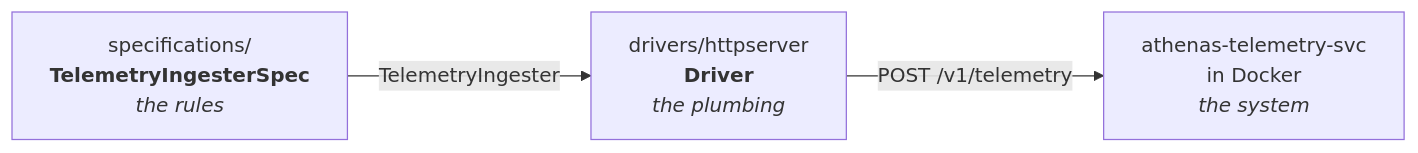
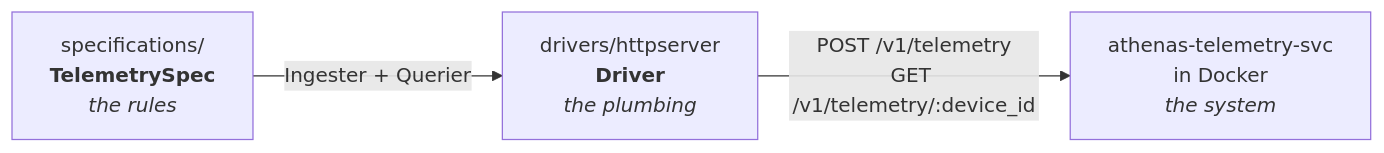
One commit to angiebrr/athenas-telemetry-svc changed the diagram in README.md. Above: the diagram before and after it, drawn with Mermaid. The commit also changed other lines of this file and 4 other files, not shown here.

````diff
--- a/README.md
+++ b/README.md
@@ -38,9 +44,9 @@
 ```mermaid
 flowchart LR
-    SPEC["specifications/<br/><b>TelemetryIngesterSpec</b><br/><i>the rules</i>"]
+    SPEC["specifications/<br/><b>TelemetrySpec</b><br/><i>the rules</i>"]
     DRV["drivers/httpserver<br/><b>Driver</b><br/><i>the plumbing</i>"]
     SVC["athenas-telemetry-svc<br/>in Docker<br/><i>the system</i>"]
 
-    SPEC -- "TelemetryIngester" --> DRV
-    DRV -- "POST /v1/telemetry" --> SVC
+    SPEC -- "Ingester + Querier" --> DRV
+    DRV -- "POST /v1/telemetry<br/>GET /v1/telemetry/:device_id" --> SVC
 ```
````
